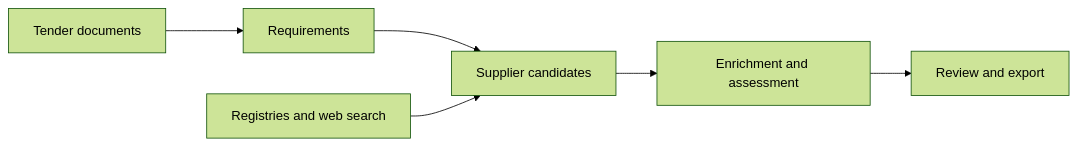
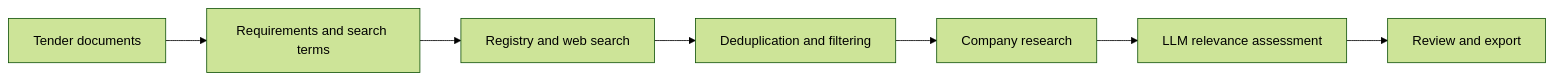
One commit to dariapavlova02/tender-vendor-discovery changed the diagram in README.md. Above: the diagram before and after it, drawn with Mermaid (forest theme). The commit also changed other lines of this file and 20 other files, not shown here.

Commit message:
Document production supplier research workflow and remove fictional demo

````diff
--- a/README.md
+++ b/README.md
@@ -35,8 +17,9 @@
 ```mermaid
 flowchart LR
-    documents[Tender documents] --> requirements[Requirements]
-    requirements --> candidates[Supplier candidates]
-    registries[Registries and web search] --> candidates
-    candidates --> assessment[Enrichment and assessment]
-    assessment --> review[Review and export]
+    documents[Tender documents] --> profile[Requirements and search terms]
+    profile --> discovery[Registry and web search]
+    discovery --> candidates[Deduplication and filtering]
+    candidates --> enrichment[Company research]
+    enrichment --> scoring[LLM relevance assessment]
+    scoring --> review[Review and export]
 ```
````
